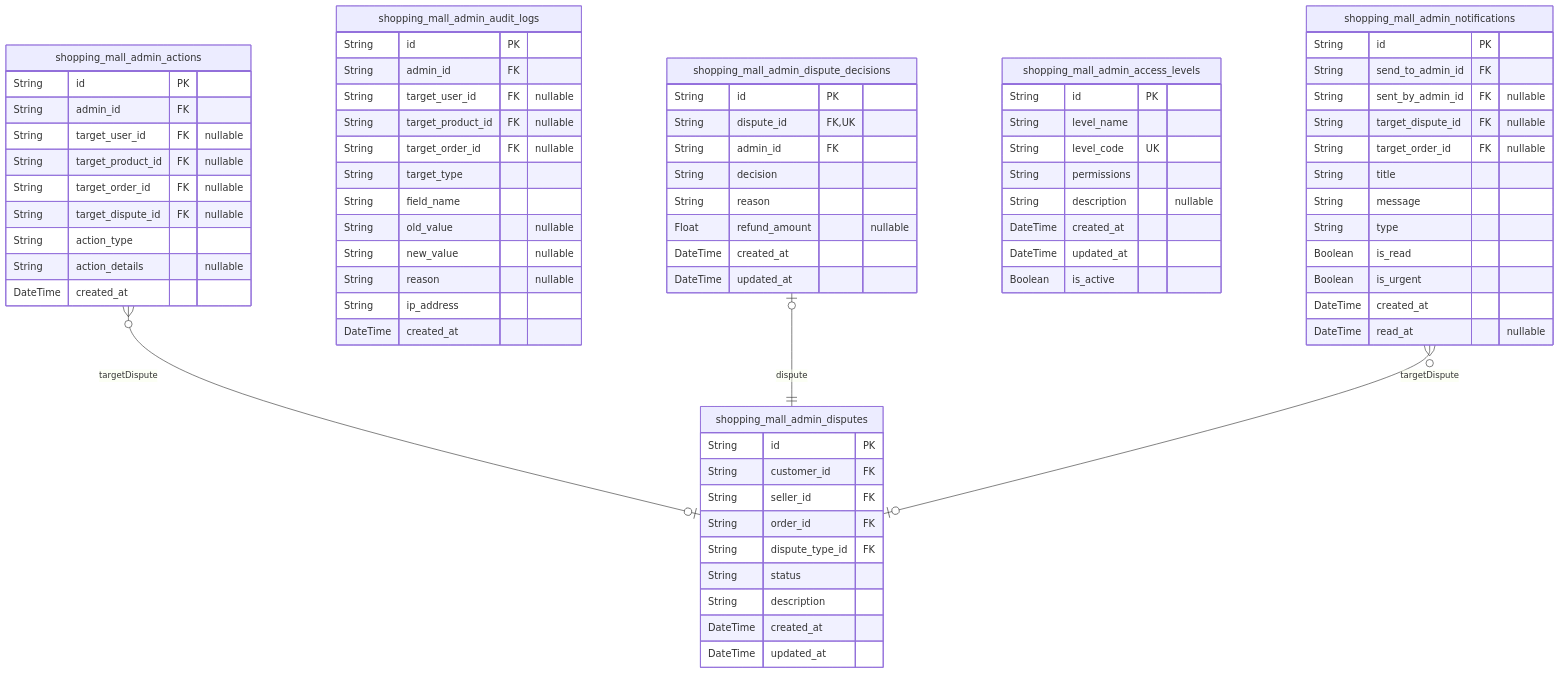
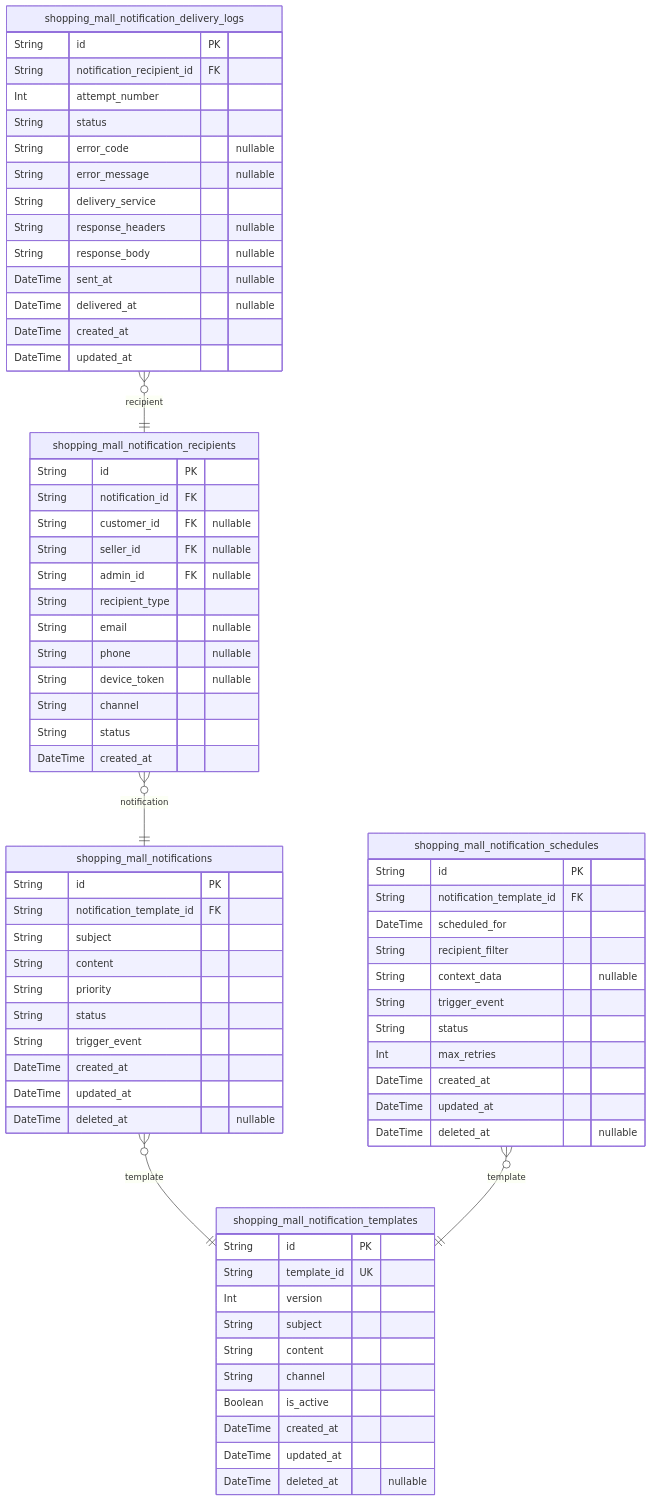
Before and after one commit to wrtnlabs/autobe-examples: the ninth of 11 diagrams in qwen/qwen3-next-80b-a3b-instruct/shopping/docs/ERD.md, drawn with Mermaid. The commit also changed other lines of this file and 22498 other files, not shown here.

````diff
--- a/qwen/qwen3-next-80b-a3b-instruct/shopping/docs/ERD.md
+++ b/qwen/qwen3-next-80b-a3b-instruct/shopping/docs/ERD.md
@@ -1930,76 +3348,73 @@
 ```mermaid
 erDiagram
-"shopping_mall_admin_actions" {
+"shopping_mall_notifications" {
   String id PK
-  String admin_id FK
-  String target_user_id FK "nullable"
-  String target_product_id FK "nullable"
-  String target_order_id FK "nullable"
-  String target_dispute_id FK "nullable"
-  String action_type
-  String action_details "nullable"
+  String notification_template_id FK
+  String subject
+  String content
+  String priority
+  String status
+  String trigger_event
+  DateTime created_at
+  DateTime updated_at
+  DateTime deleted_at "nullable"
+}
+"shopping_mall_notification_templates" {
+  String id PK
+  String template_id UK
+  Int version
+  String subject
+  String content
+  String channel
+  Boolean is_active
+  DateTime created_at
+  DateTime updated_at
+  DateTime deleted_at "nullable"
+}
+"shopping_mall_notification_recipients" {
+  String id PK
+  String notification_id FK
+  String customer_id FK "nullable"
+  String seller_id FK "nullable"
+  String admin_id FK "nullable"
+  String recipient_type
+  String email "nullable"
+  String phone "nullable"
+  String device_token "nullable"
+  String channel
+  String status
   DateTime created_at
 }
-"shopping_mall_admin_audit_logs" {
+"shopping_mall_notification_delivery_logs" {
   String id PK
-  String admin_id FK
-  String target_user_id FK "nullable"
-  String target_product_id FK "nullable"
-  String target_order_id FK "nullable"
-  String target_type
-  String field_name
-  String old_value "nullable"
-  String new_value "nullable"
-  String reason "nullable"
-  String ip_address
-  DateTime created_at
-}
-"shopping_mall_admin_disputes" {
-  String id PK
-  String customer_id FK
-  String seller_id FK
-  String order_id FK
-  String dispute_type_id FK
+  String notification_recipient_id FK
+  Int attempt_number
   String status
-  String description
+  String error_code "nullable"
+  String error_message "nullable"
+  String delivery_service
+  String response_headers "nullable"
+  String response_body "nullable"
+  DateTime sent_at "nullable"
+  DateTime delivered_at "nullable"
   DateTime created_at
   DateTime updated_at
 }
-"shopping_mall_admin_dispute_decisions" {
+"shopping_mall_notification_schedules" {
   String id PK
-  String dispute_id FK,UK
-  String admin_id FK
-  String decision
-  String reason
-  Float refund_amount "nullable"
+  String notification_template_id FK
+  DateTime scheduled_for
+  String recipient_filter
+  String context_data "nullable"
+  String trigger_event
+  String status
+  Int max_retries
   DateTime created_at
   DateTime updated_at
+  DateTime deleted_at "nullable"
 }
-"shopping_mall_admin_access_levels" {
-  String id PK
-  String level_name
-  String level_code UK
-  String permissions
-  String description "nullable"
-  DateTime created_at
-  DateTime updated_at
-  Boolean is_active
-}
-"shopping_mall_admin_notifications" {
-  String id PK
-  String send_to_admin_id FK
-  String sent_by_admin_id FK "nullable"
-  String target_dispute_id FK "nullable"
-  String target_order_id FK "nullable"
-  String title
-  String message
-  String type
-  Boolean is_read
-  Boolean is_urgent
-  DateTime created_at
-  DateTime read_at "nullable"
-}
-"shopping_mall_admin_actions" }o--o| "shopping_mall_admin_disputes" : targetDispute
-"shopping_mall_admin_dispute_decisions" |o--|| "shopping_mall_admin_disputes" : dispute
-"shopping_mall_admin_notifications" }o--o| "shopping_mall_admin_disputes" : targetDispute
+"shopping_mall_notifications" }o--|| "shopping_mall_notification_templates" : template
+"shopping_mall_notification_recipients" }o--|| "shopping_mall_notifications" : notification
+"shopping_mall_notification_delivery_logs" }o--|| "shopping_mall_notification_recipients" : recipient
+"shopping_mall_notification_schedules" }o--|| "shopping_mall_notification_templates" : template
 ```
````
